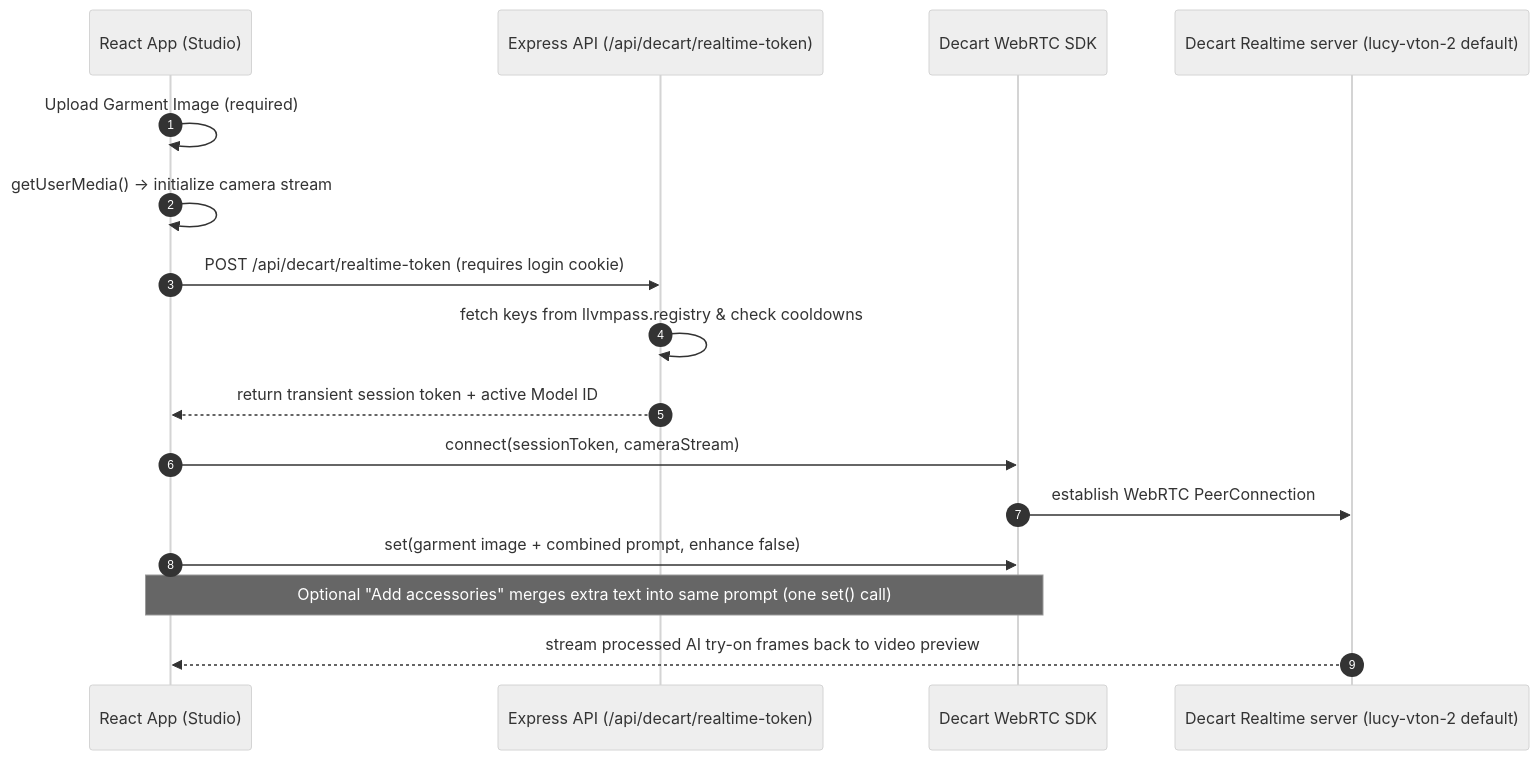
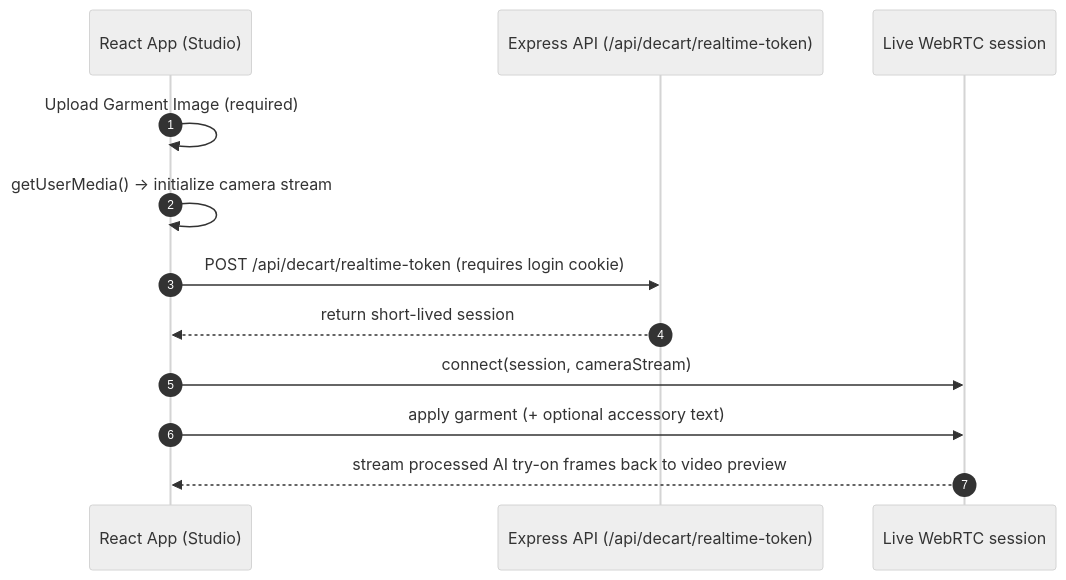
Before and after one commit to sweet-amrood/Weartual-latest: the second of 2 diagrams in PROJECT_SUMMARY.md, drawn with Mermaid (neutral theme). The commit also changed other lines of this file and 2 other files, not shown here.

````diff
--- a/PROJECT_SUMMARY.md
+++ b/PROJECT_SUMMARY.md
@@ -244,19 +221,15 @@
 ```mermaid
 sequenceDiagram
   autonumber
   participant Client as React App (Studio)
   participant API as Express API (/api/decart/realtime-token)
-  participant DecartSDK as Decart WebRTC SDK
-  participant DecartServer as Decart Realtime server (lucy-vton-2 default)
+  participant Live as Live WebRTC session
 
   Client->>Client: Upload Garment Image (required)
   Client->>Client: getUserMedia() -> initialize camera stream
   Client->>API: POST /api/decart/realtime-token (requires login cookie)
-  API->>API: fetch keys from llvmpass.registry & check cooldowns
-  API-->>Client: return transient session token + active Model ID
-  Client->>DecartSDK: connect(sessionToken, cameraStream)
-  DecartSDK->>DecartServer: establish WebRTC PeerConnection
-  Client->>DecartSDK: set(garment image + combined prompt, enhance false)
-  Note over Client,DecartSDK: Optional "Add accessories" merges extra text into same prompt (one set() call)
-  DecartServer-->>Client: stream processed AI try-on frames back to video preview
+  API-->>Client: return short-lived session
+  Client->>Live: connect(session, cameraStream)
+  Client->>Live: apply garment (+ optional accessory text)
+  Live-->>Client: stream processed AI try-on frames back to video preview
 ```
````
